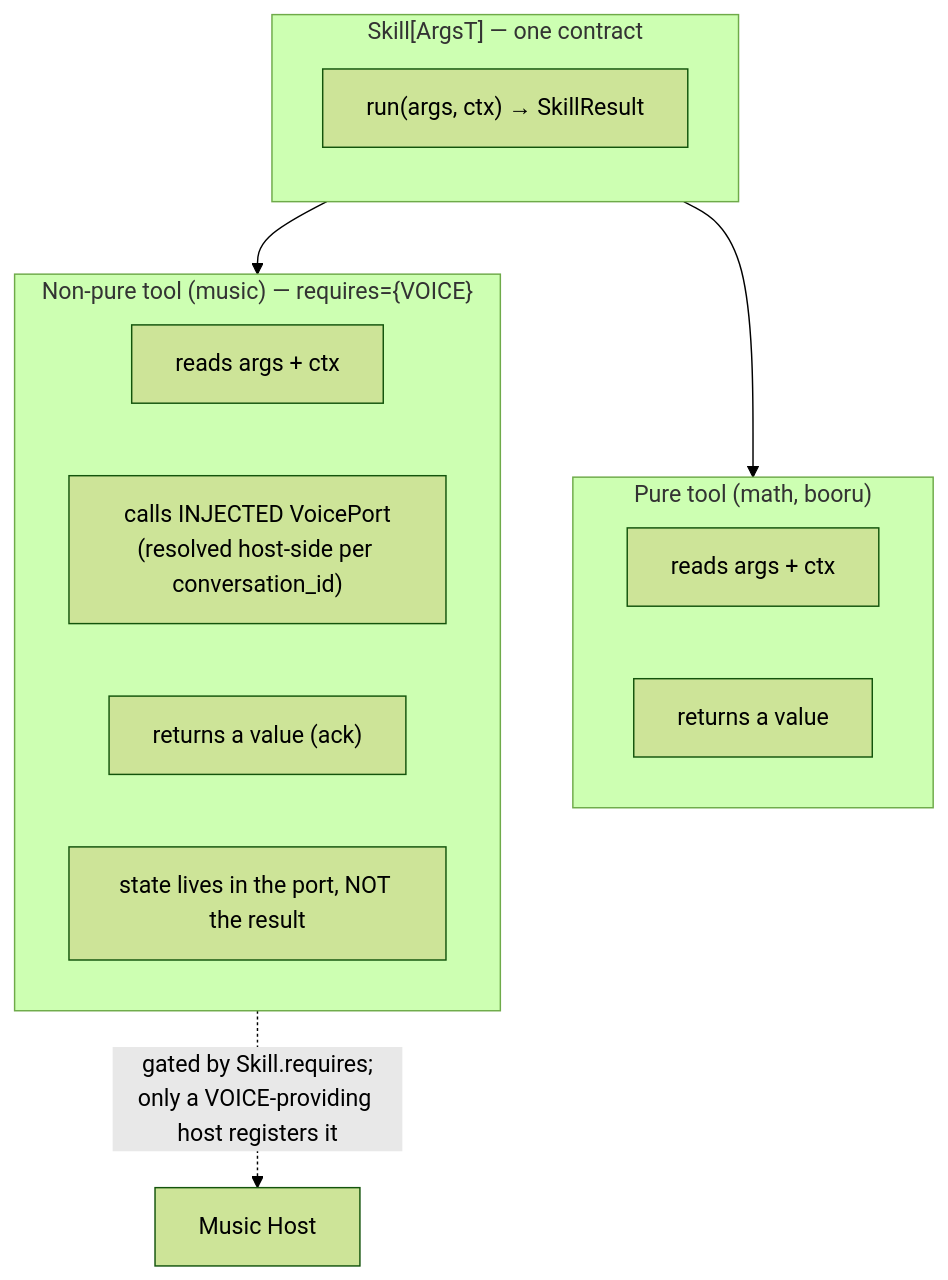
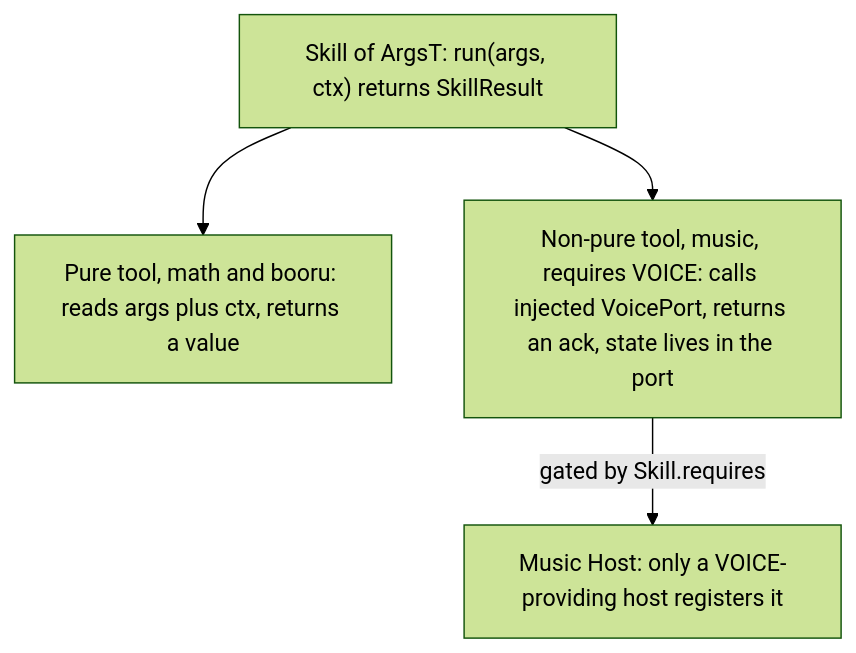
One commit to auzbuzzard/petbot changed the sixth of 6 diagrams in docs/refactor/process-pipeline-reframe.md. Above: the diagram before and after it, drawn with Mermaid (forest theme). The commit also changed other lines of this file, not shown here.

````diff
--- a/docs/refactor/process-pipeline-reframe.md
+++ b/docs/refactor/process-pipeline-reframe.md
@@ -190,23 +289,11 @@
 ```mermaid
 flowchart TB
-    subgraph Contract["Skill[ArgsT] — one contract"]
-        direction TB
-        Run["run(args, ctx) → SkillResult"]
-    end
-
-    subgraph Pure["Pure tool (math, booru)"]
-        P1["reads args + ctx"]
-        P2["returns a value"]
-    end
-
-    subgraph NonPure["Non-pure tool (music) — requires={VOICE}"]
-        N1["reads args + ctx"]
-        N2["calls INJECTED VoicePort<br/>(resolved host-side per conversation_id)"]
-        N3["returns a value (ack)"]
-        N4["state lives in the port, NOT the result"]
-    end
+    Contract["Skill of ArgsT: run(args, ctx) returns SkillResult"]
+    Pure["Pure tool, math and booru: reads args plus ctx, returns a value"]
+    NonPure["Non-pure tool, music, requires VOICE: calls injected VoicePort, returns an ack, state lives in the port"]
+    Host["Music Host: only a VOICE-providing host registers it"]
 
     Contract --> Pure
     Contract --> NonPure
-    NonPure -. "gated by Skill.requires;<br/>only a VOICE-providing host registers it" .-> Host["Music Host"]
+    NonPure -->|gated by Skill.requires| Host
 ```
````
